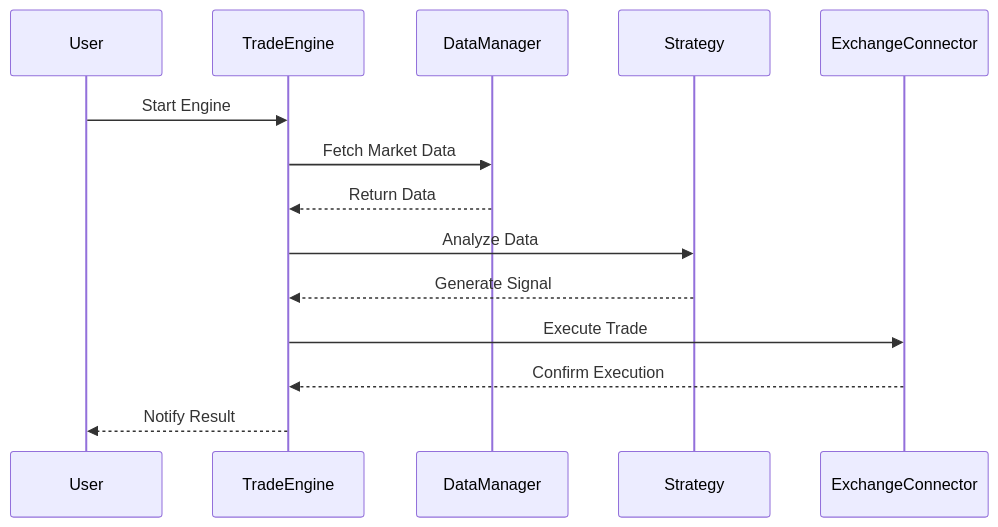
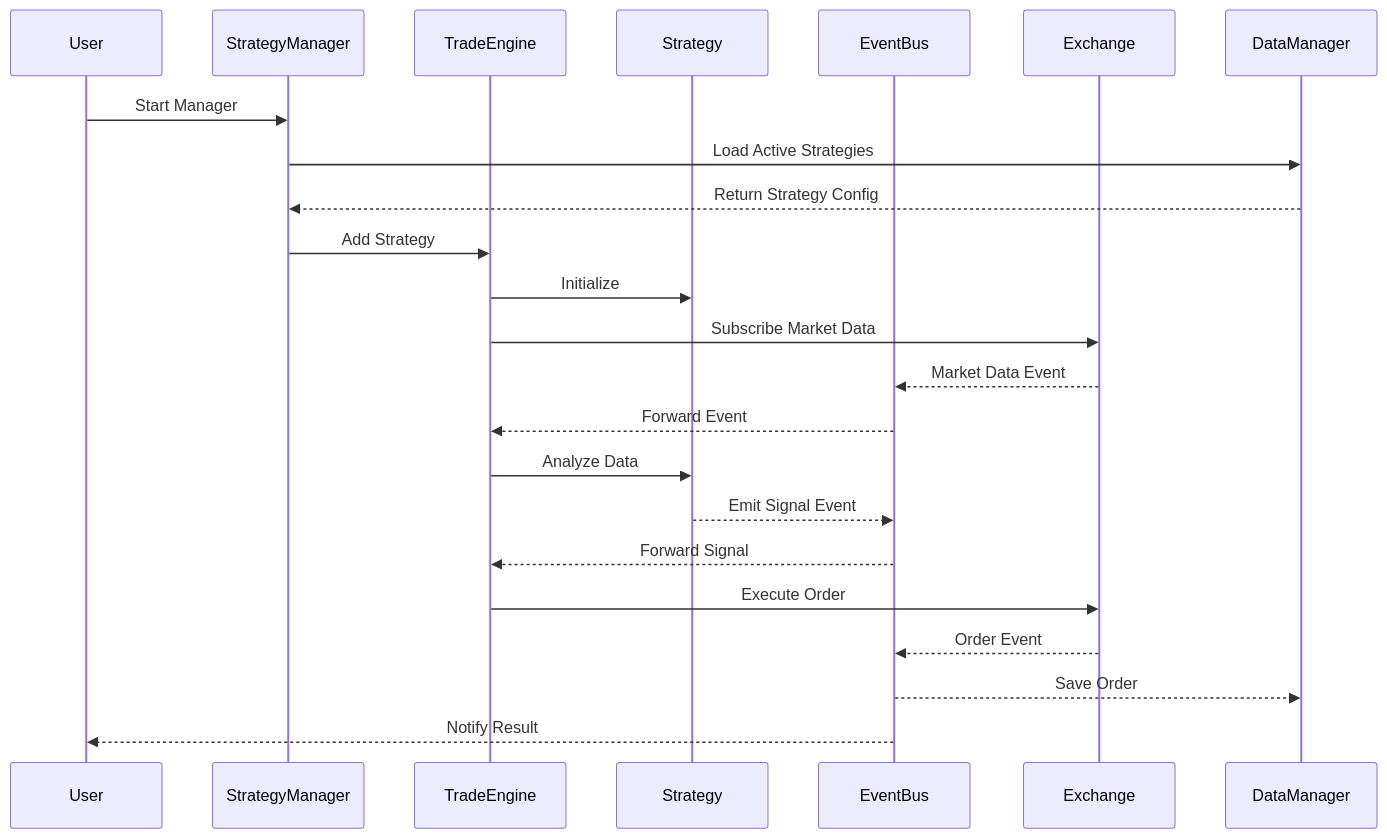
One commit to hsuehic/iTrade changed the first of 3 diagrams in README.md. Above: the diagram before and after it, drawn with Mermaid. The commit also changed other lines of this file and 32 other files, not shown here.

````diff
--- a/README.md
+++ b/README.md
@@ -11,17 +11,26 @@
 ```mermaid
 sequenceDiagram
     participant User
+    participant StrategyManager
     participant TradeEngine
+    participant Strategy
+    participant EventBus
+    participant Exchange
     participant DataManager
-    participant Strategy
-    participant ExchangeConnector
 
-    User->>TradeEngine: Start Engine
-    TradeEngine->>DataManager: Fetch Market Data
-    DataManager-->>TradeEngine: Return Data
+    User->>StrategyManager: Start Manager
+    StrategyManager->>DataManager: Load Active Strategies
+    DataManager-->>StrategyManager: Return Strategy Config
+    StrategyManager->>TradeEngine: Add Strategy
+    TradeEngine->>Strategy: Initialize
+    TradeEngine->>Exchange: Subscribe Market Data
+    Exchange-->>EventBus: Market Data Event
+    EventBus-->>TradeEngine: Forward Event
     TradeEngine->>Strategy: Analyze Data
-    Strategy-->>TradeEngine: Generate Signal
-    TradeEngine->>ExchangeConnector: Execute Trade
-    ExchangeConnector-->>TradeEngine: Confirm Execution
-    TradeEngine-->>User: Notify Result
+    Strategy-->>EventBus: Emit Signal Event
+    EventBus-->>TradeEngine: Forward Signal
+    TradeEngine->>Exchange: Execute Order
+    Exchange-->>EventBus: Order Event
+    EventBus-->>DataManager: Save Order
+    EventBus-->>User: Notify Result
 ```
````
